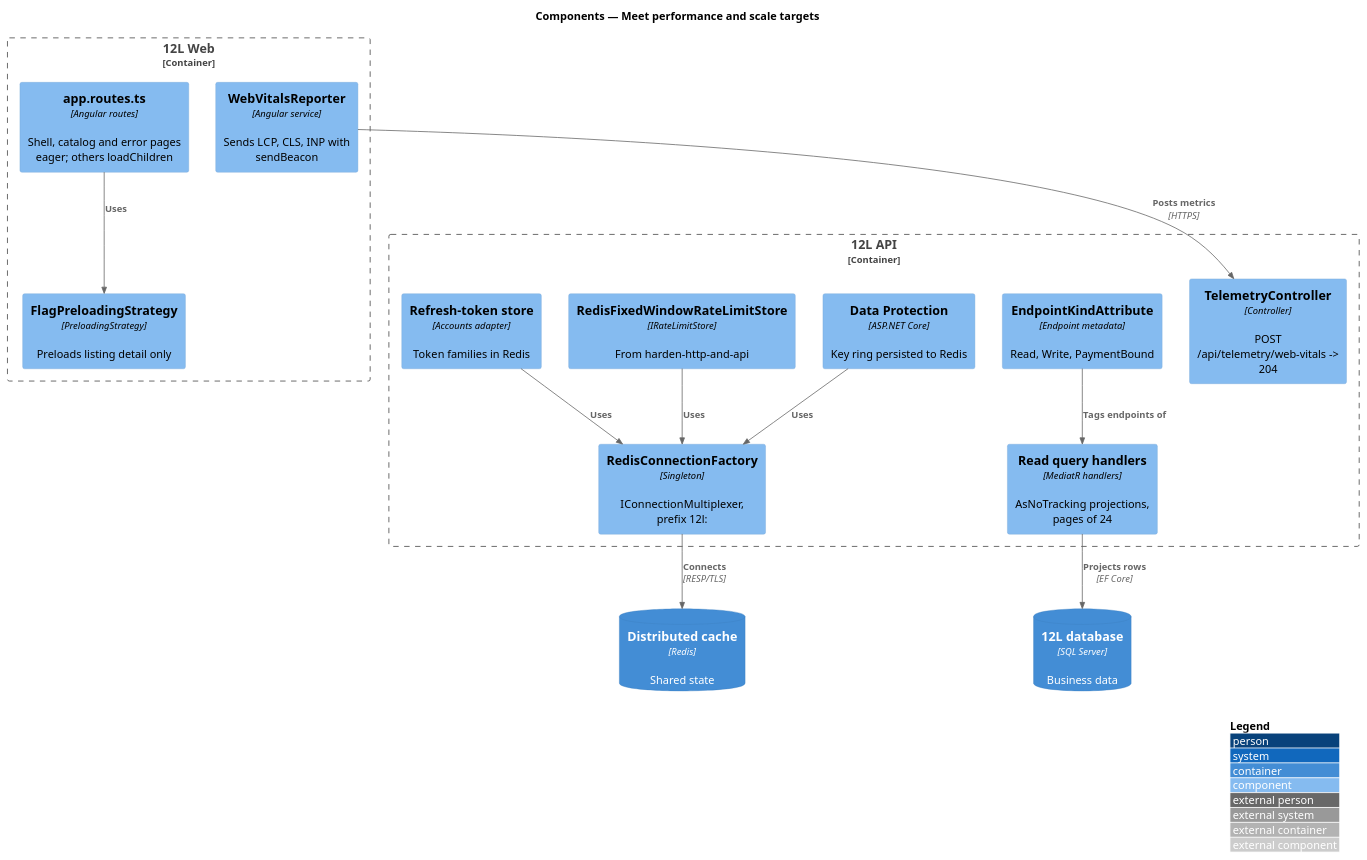
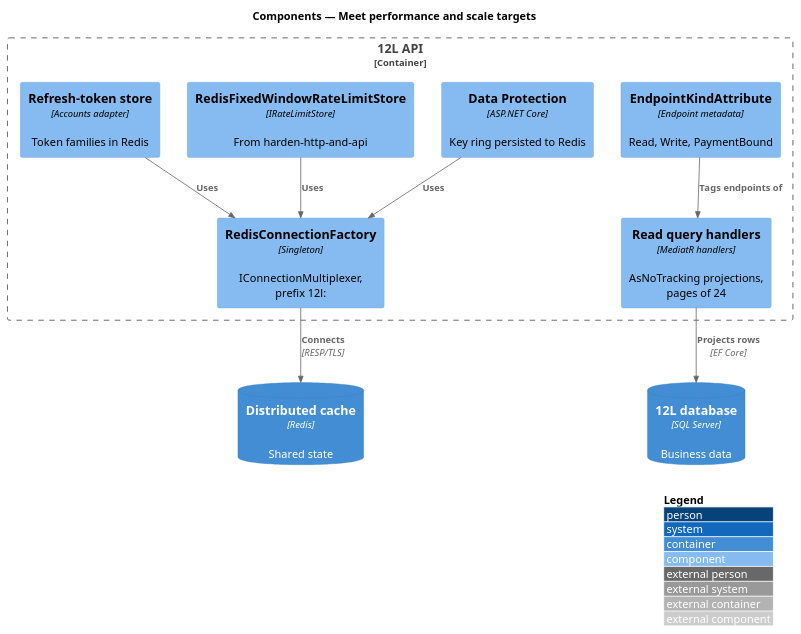
One commit to QuinntyneBrown/12l changed the diagram in docs/detailed-designs/platform/meet-performance-and-scale/diagrams/c4-component.puml. Above: the diagram before and after it, drawn with PlantUML. The commit also changed 22 other files, not shown here.

```diff
--- a/docs/detailed-designs/platform/meet-performance-and-scale/diagrams/c4-component.puml
+++ b/docs/detailed-designs/platform/meet-performance-and-scale/diagrams/c4-component.puml
@@ -1,31 +1,23 @@
 @startuml
 !include <C4/C4_Component>
 LAYOUT_WITH_LEGEND()
 title Components — Meet performance and scale targets
 
-Container_Boundary(web, "12L Web") {
-  Component(routes, "app.routes.ts", "Angular routes", "Shell, catalog and error pages eager; others loadChildren")
-  Component(preload, "FlagPreloadingStrategy", "PreloadingStrategy", "Preloads listing detail only")
-  Component(vitals, "WebVitalsReporter", "Angular service", "Sends LCP, CLS, INP with sendBeacon")
-}
 Container_Boundary(api, "12L API") {
-  Component(tele, "TelemetryController", "Controller", "POST /api/telemetry/web-vitals -> 204")
   Component(kind, "EndpointKindAttribute", "Endpoint metadata", "Read, Write, PaymentBound")
   Component(dp, "Data Protection", "ASP.NET Core", "Key ring persisted to Redis")
   Component(rlstore, "RedisFixedWindowRateLimitStore", "IRateLimitStore", "From harden-http-and-api")
   Component(tokens, "Refresh-token store", "Accounts adapter", "Token families in Redis")
   Component(factory, "RedisConnectionFactory", "Singleton", "IConnectionMultiplexer, prefix 12l:")
   Component(queries, "Read query handlers", "MediatR handlers", "AsNoTracking projections, pages of 24")
 }
 ContainerDb(cache, "Distributed cache", "Redis", "Shared state")
 ContainerDb(db, "12L database", "SQL Server", "Business data")
 
-Rel(routes, preload, "Uses")
-Rel(vitals, tele, "Posts metrics", "HTTPS")
 Rel(dp, factory, "Uses")
 Rel(rlstore, factory, "Uses")
 Rel(tokens, factory, "Uses")
 Rel(factory, cache, "Connects", "RESP/TLS")
 Rel(queries, db, "Projects rows", "EF Core")
 Rel(kind, queries, "Tags endpoints of")
 @enduml
```
